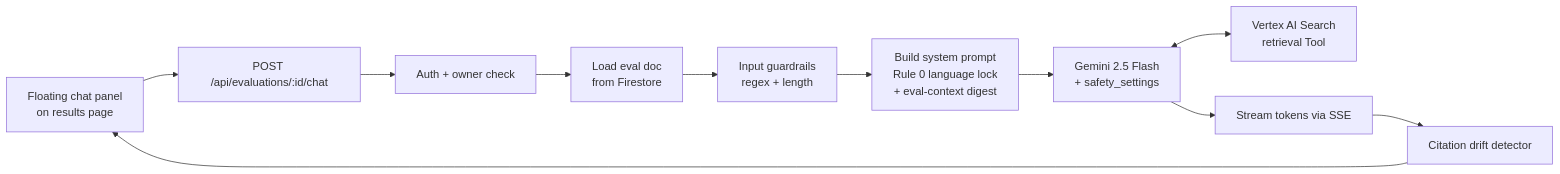
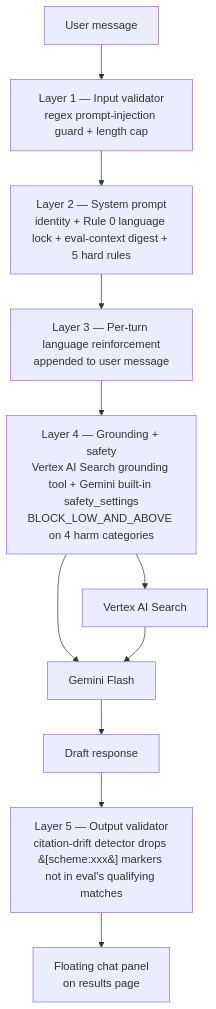
Before and after one commit to AlaskanTuna/Layak: the fourth of 4 diagrams in README.md, drawn with Mermaid. The commit also changed other lines of this file and 4 other files, not shown here.

Commit message:
feat(chat): introduce Cik Lay (Pegawai Skim) persona — icon, system prompts, README guardrail diagram

````diff
--- a/README.md
+++ b/README.md
@@ -199,13 +199,13 @@
 ```mermaid
-flowchart LR
-    Panel[Floating chat panel<br/>on results page] --> SSE2[POST /api/evaluations/:id/chat]
-    SSE2 --> Auth2[Auth + owner check]
-    Auth2 --> Load[Load eval doc<br/>from Firestore]
-    Load --> Guard[Input guardrails<br/>regex + length]
-    Guard --> Prompt[Build system prompt<br/>Rule 0 language lock<br/>+ eval-context digest]
-    Prompt --> ChatLLM[Gemini 2.5 Flash<br/>+ safety_settings]
-    ChatLLM <--> Retrieve[Vertex AI Search<br/>retrieval Tool]
-    ChatLLM --> Tokens[Stream tokens via SSE]
-    Tokens --> Validate[Citation drift detector]
-    Validate --> Panel
+graph TD
+    User[User message] --> L1[Layer 1 — Input validator<br/>regex prompt-injection guard + length cap]
+    L1 --> L2[Layer 2 — System prompt<br/>identity + Rule 0 language lock + eval-context digest + 5 hard rules]
+    L2 --> L3[Layer 3 — Per-turn language reinforcement<br/>appended to user message]
+    L3 --> L4[Layer 4 — Grounding + safety<br/>Vertex AI Search grounding tool + Gemini built-in safety_settings<br/>BLOCK_LOW_AND_ABOVE on 4 harm categories]
+    L4 --> Gemini[Gemini Flash]
+    L4 --> Search[Vertex AI Search]
+    Search --> Gemini
+    Gemini --> Draft[Draft response]
+    Draft --> L5[Layer 5 — Output validator<br/>citation-drift detector drops &#91;scheme:xxx&#93; markers not in eval's qualifying matches]
+    L5 --> Panel[Floating chat panel<br/>on results page]
 ```
````
